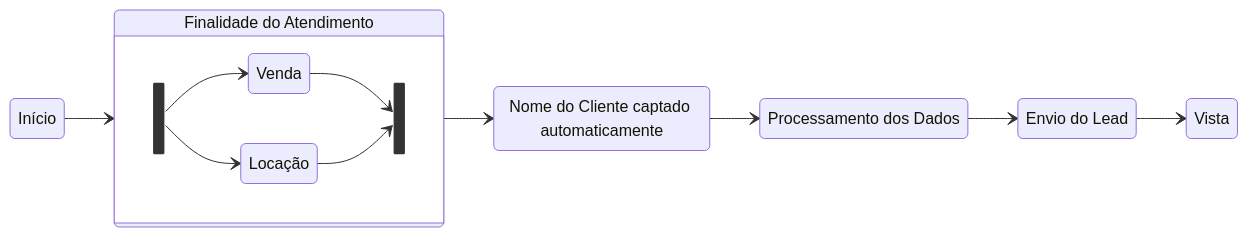
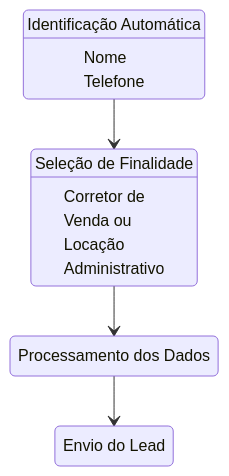
One commit to pepeleascov/cmsouza changed the first of 2 diagrams in readme.md. Above: the diagram before and after it, drawn with Mermaid.

````diff
--- a/readme.md
+++ b/readme.md
@@ -110,27 +110,19 @@
 ```mermaid
 stateDiagram
-    1: Finalidade do Atendimento
-    v: Venda
-    l: Locação
-    2: Nome do Cliente captado automaticamente
+    
+    1: Identificação Automática
+    1: Nome
+    1: Telefone
+    2: Seleção de Finalidade
+    2: Corretor de
+    2: Venda ou
+    2: Locação
+    2: Administrativo
     3: Processamento dos Dados
     4: Envio do Lead
-    5: Vista
-    direction LR
+    direction tb
     
-    Início --> 1
-    state 1 {
-    state fork_state <<fork>>
-    direction LR
-        fork_state
-        fork_state --> v
-        fork_state --> l
-    state join_state <<join>>
-    v --> join_state
-    l --> join_state
-    }
     1 --> 2
     2 --> 3
     3 --> 4
-    4 --> 5
 ```
````
